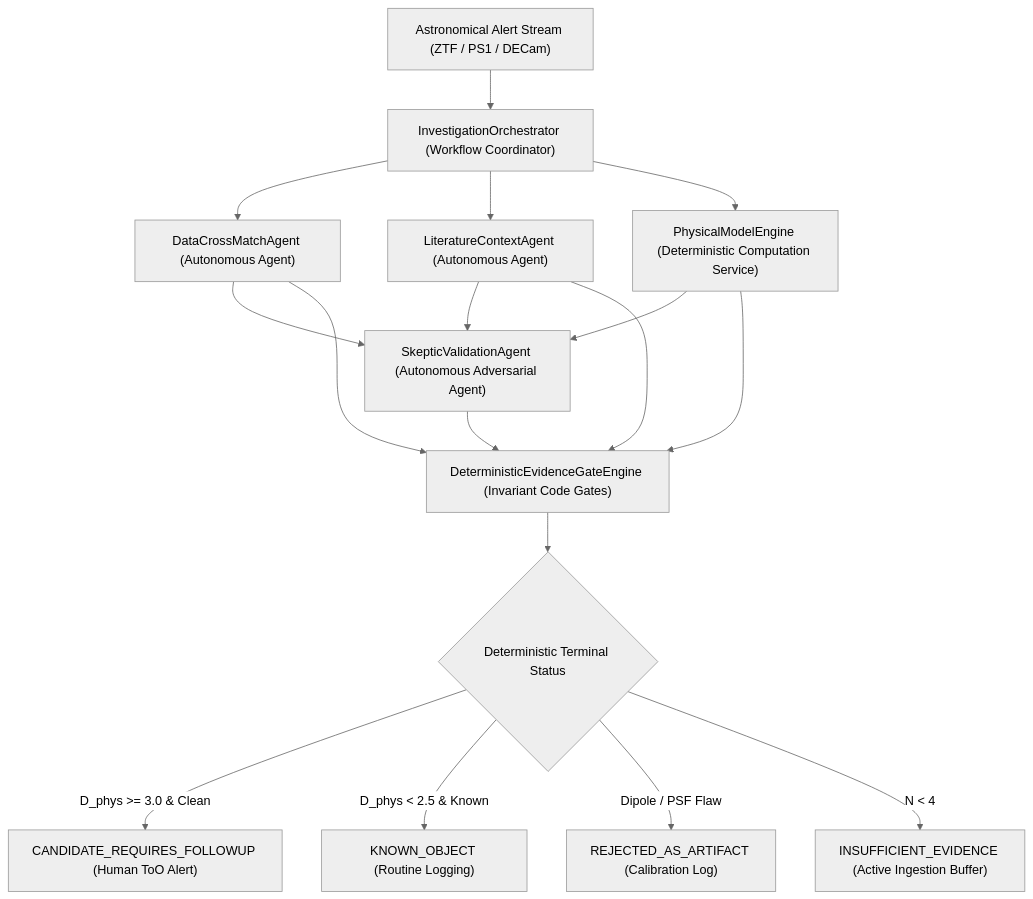
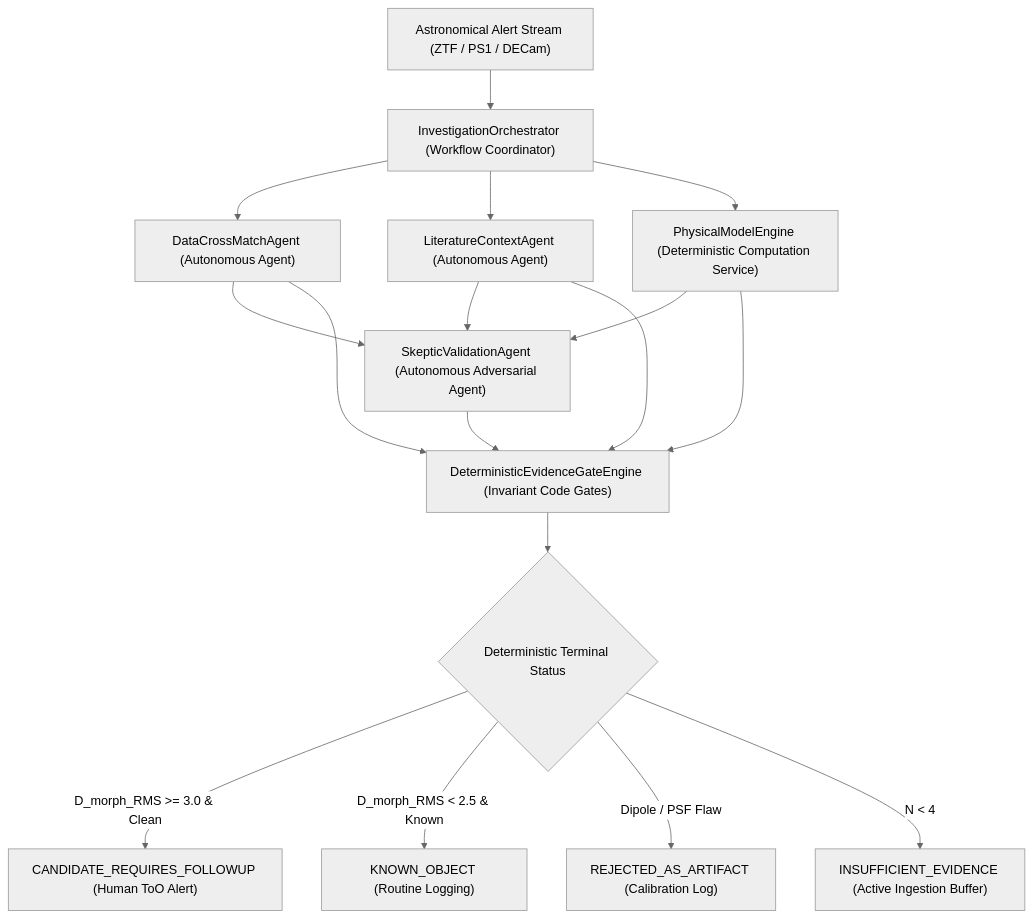
The diagram in experiments/phase1_baselines/DAY90_FLAGSHIP_INVESTIGATION_DOSSIER.md (TEKURU-ZENO/ASTRAEUS), drawn with Mermaid (neutral theme) before and after one commit. The commit also changed other lines of this file and 5 other files, not shown here.

Commit message:
feat(phase1): complete Day 90 scientific reconciliation v2.1.0, bypass resistance tests, and Phase 2 roadmap

````diff
--- a/experiments/phase1_baselines/DAY90_FLAGSHIP_INVESTIGATION_DOSSIER.md
+++ b/experiments/phase1_baselines/DAY90_FLAGSHIP_INVESTIGATION_DOSSIER.md
@@ -241,19 +246,19 @@
 ```mermaid
 flowchart TD
     AlertStream["Astronomical Alert Stream (ZTF / PS1 / DECam)"] --> Orchestrator["InvestigationOrchestrator (Workflow Coordinator)"]
     Orchestrator --> DataAgent["DataCrossMatchAgent (Autonomous Agent)"]
     Orchestrator --> LitAgent["LiteratureContextAgent (Autonomous Agent)"]
     Orchestrator --> PhysEngine["PhysicalModelEngine (Deterministic Computation Service)"]
     DataAgent --> SkepticAgent["SkepticValidationAgent (Autonomous Adversarial Agent)"]
     PhysEngine --> SkepticAgent
     LitAgent --> SkepticAgent
     SkepticAgent --> DeterministicGates["DeterministicEvidenceGateEngine (Invariant Code Gates)"]
     PhysEngine --> DeterministicGates
     DataAgent --> DeterministicGates
     LitAgent --> DeterministicGates
     DeterministicGates --> TerminalDecision{"Deterministic Terminal Status"}
-    TerminalDecision -->|"D_phys >= 3.0 & Clean"| FollowUp["CANDIDATE_REQUIRES_FOLLOWUP (Human ToO Alert)"]
-    TerminalDecision -->|"D_phys < 2.5 & Known"| Archival["KNOWN_OBJECT (Routine Logging)"]
+    TerminalDecision -->|"D_morph_RMS >= 3.0 & Clean"| FollowUp["CANDIDATE_REQUIRES_FOLLOWUP (Human ToO Alert)"]
+    TerminalDecision -->|"D_morph_RMS < 2.5 & Known"| Archival["KNOWN_OBJECT (Routine Logging)"]
     TerminalDecision -->|"Dipole / PSF Flaw"| Quarantine["REJECTED_AS_ARTIFACT (Calibration Log)"]
     TerminalDecision -->|"N < 4"| Buffer["INSUFFICIENT_EVIDENCE (Active Ingestion Buffer)"]
 ```
````
